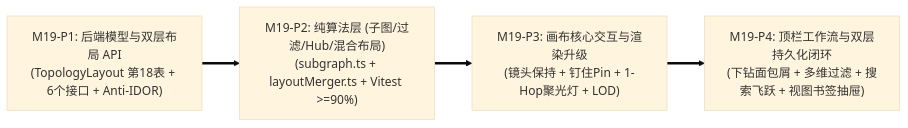
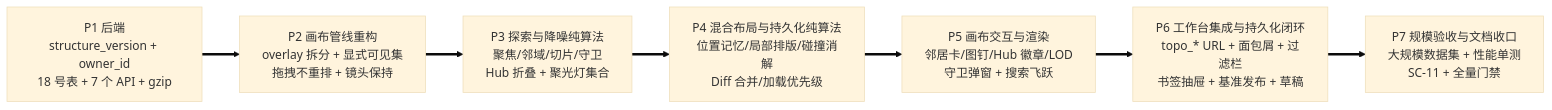
One commit to fugui/code-traefik changed the diagram in docs/04-tasks/20-m19-scalable-topology-focus-and-layout-persistence.md. Above: the diagram before and after it, drawn with Mermaid (base theme). The commit also changed other lines of this file and 9 other files, not shown here.

````diff
--- a/docs/04-tasks/20-m19-scalable-topology-focus-and-layout-persistence.md
+++ b/docs/04-tasks/20-m19-scalable-topology-focus-and-layout-persistence.md
@@ -24,9 +32,12 @@
 ```mermaid
 flowchart LR
-    P1["M19-P1: 后端模型与双层布局 API<br/>(TopologyLayout 第18表 + 6个接口 + Anti-IDOR)"]
-    P2["M19-P2: 纯算法层 (子图/过滤/Hub/混合布局)<br/>(subgraph.ts + layoutMerger.ts + Vitest >=90%)"]
-    P3["M19-P3: 画布核心交互与渲染升级<br/>(镜头保持 + 钉住Pin + 1-Hop聚光灯 + LOD)"]
-    P4["M19-P4: 顶栏工作流与双层持久化闭环<br/>(下钻面包屑 + 多维过滤 + 搜索飞跃 + 视图书签抽屉)"]
+    P1["P1 后端<br/>structure_version + owner_id<br/>18 号表 + 7 个 API + gzip"]
+    P2["P2 画布管线重构<br/>overlay 拆分 + 显式可见集<br/>拖拽不重排 + 镜头保持"]
+    P3["P3 探索与降噪纯算法<br/>聚焦/邻域/切片/守卫<br/>Hub 折叠 + 聚光灯集合"]
+    P4["P4 混合布局与持久化纯算法<br/>位置记忆/局部排版/碰撞消解<br/>Diff 合并/加载优先级"]
+    P5["P5 画布交互与渲染<br/>邻居卡/图钉/Hub 徽章/LOD<br/>守卫弹窗 + 搜索飞跃"]
+    P6["P6 工作台集成与持久化闭环<br/>topo_* URL + 面包屑 + 过滤栏<br/>书签抽屉 + 基准发布 + 草稿"]
+    P7["P7 规模验收与文档收口<br/>大规模数据集 + 性能单测<br/>SC-11 + 全量门禁"]
 
-    P1 ==> P2 ==> P3 ==> P4
+    P1 ==> P2 ==> P3 ==> P4 ==> P5 ==> P6 ==> P7
 ```
````
